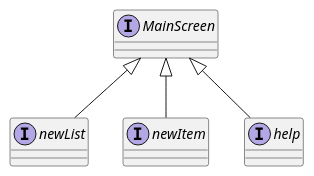
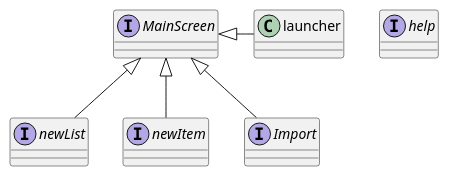
One commit to Dlarosag/LaRosa-cop3330-assignment4part2 changed the diagram in uml/GUI.puml. Above: the diagram before and after it, drawn with PlantUML. The commit also changed 3 other files, not shown here.

```diff
--- a/uml/GUI.puml
+++ b/uml/GUI.puml
@@ -1,14 +1,18 @@
 @startuml
 'https://plantuml.com/sequence-diagram
 
 interface MainScreen
 interface newList
 interface newItem
 interface help
+interface Import
+class launcher
 
+MainScreen <|- launcher
 MainScreen <|-- newList
 MainScreen <|-- newItem
-MainScreen <|-- help
+
+MainScreen <|-- Import
 
 
 @enduml
```
